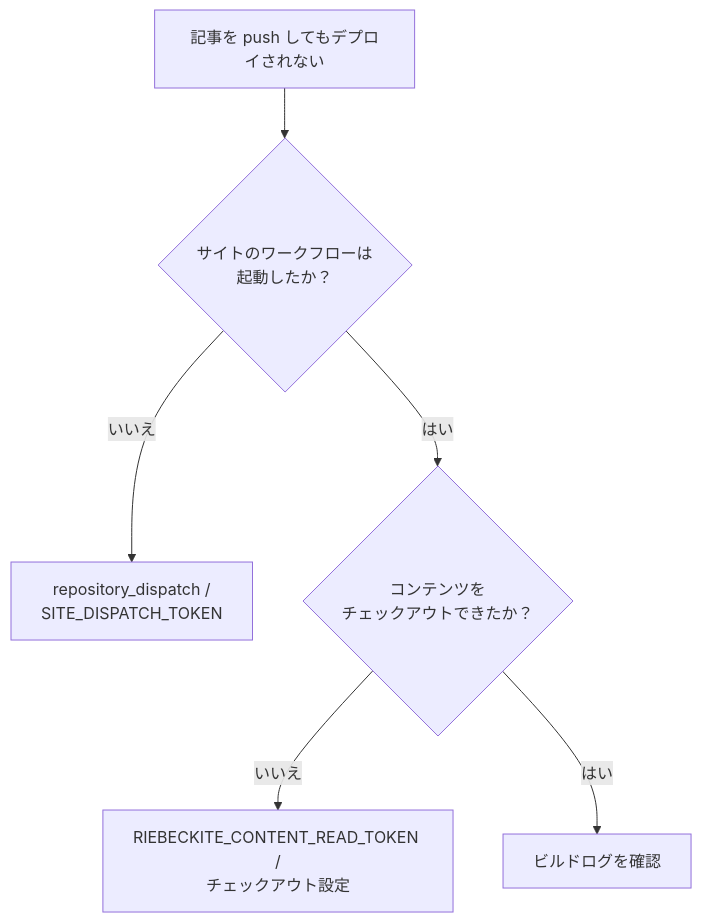
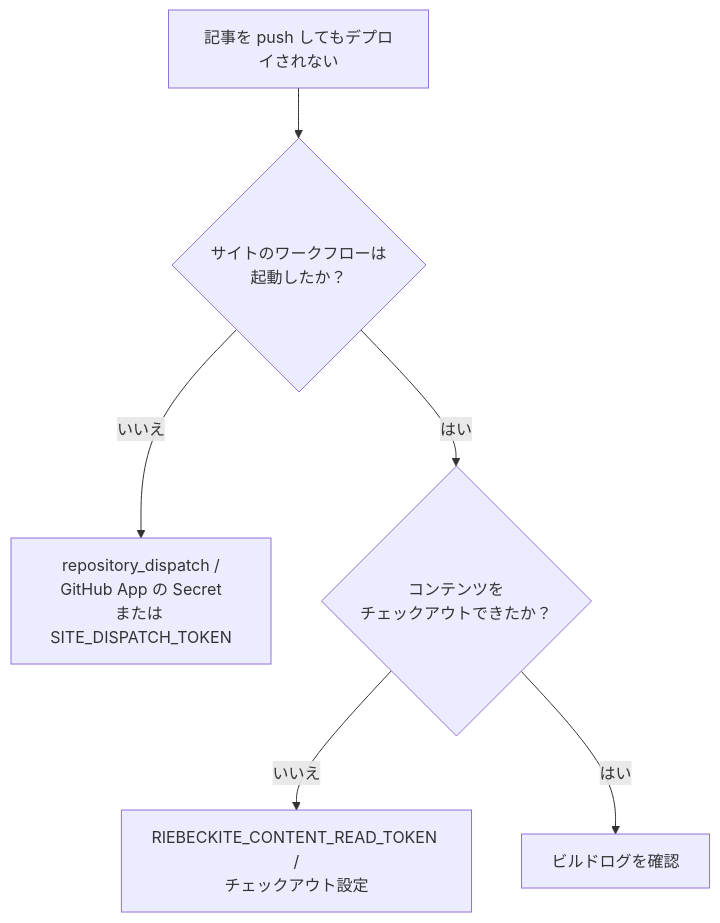
Before and after one commit to Rerurate514/riebeckite: the first of 2 diagrams in docs/docs/guides/deployment/separate-content-repository/troubleshooting.ja.md, drawn with Mermaid. The commit also changed 62 other files, not shown here.

````diff
--- a/docs/docs/guides/deployment/separate-content-repository/troubleshooting.ja.md
+++ b/docs/docs/guides/deployment/separate-content-repository/troubleshooting.ja.md
@@ -53,12 +53,12 @@
 ```mermaid
 flowchart TD
     Problem["記事を push してもデプロイされない"]
 
     Problem --> Running{"サイトのワークフローは<br/>起動したか？"}
 
-    Running -->|"いいえ"| Dispatch["repository_dispatch /<br/>SITE_DISPATCH_TOKEN"]
+    Running -->|"いいえ"| Dispatch["repository_dispatch /<br/>GitHub App の Secret<br/>または SITE_DISPATCH_TOKEN"]
     Running -->|"はい"| Content{"コンテンツを<br/>チェックアウトできたか？"}
 
     Content -->|"いいえ"| Token["RIEBECKITE_CONTENT_READ_TOKEN /<br/>チェックアウト設定"]
     Content -->|"はい"| Build["ビルドログを確認"]
 ```
````
